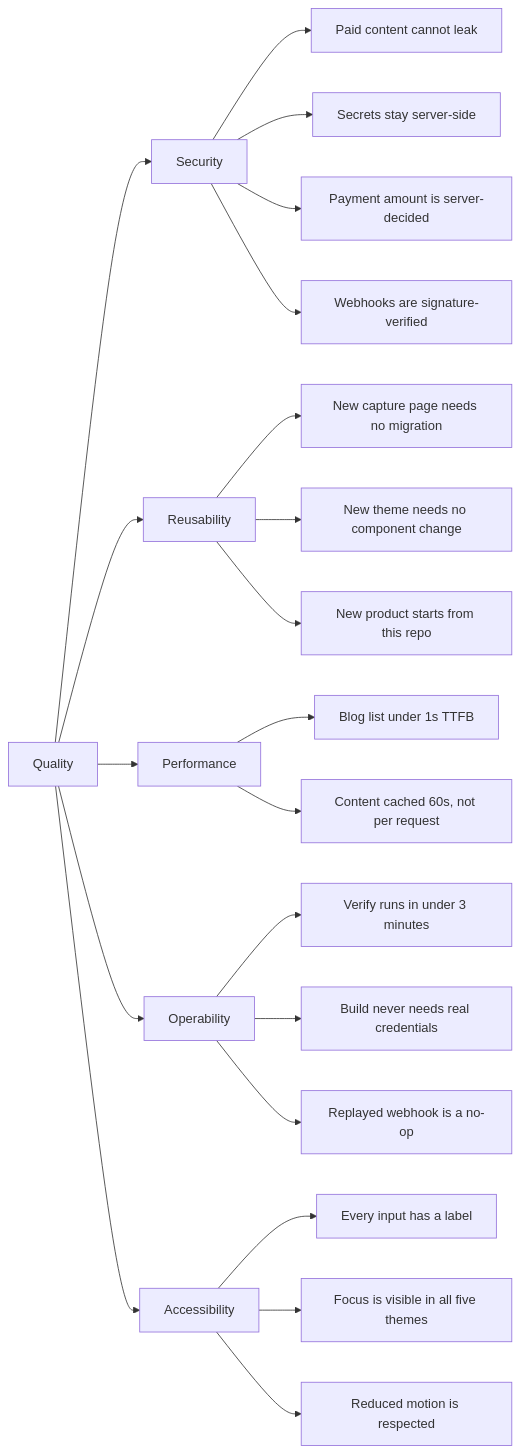
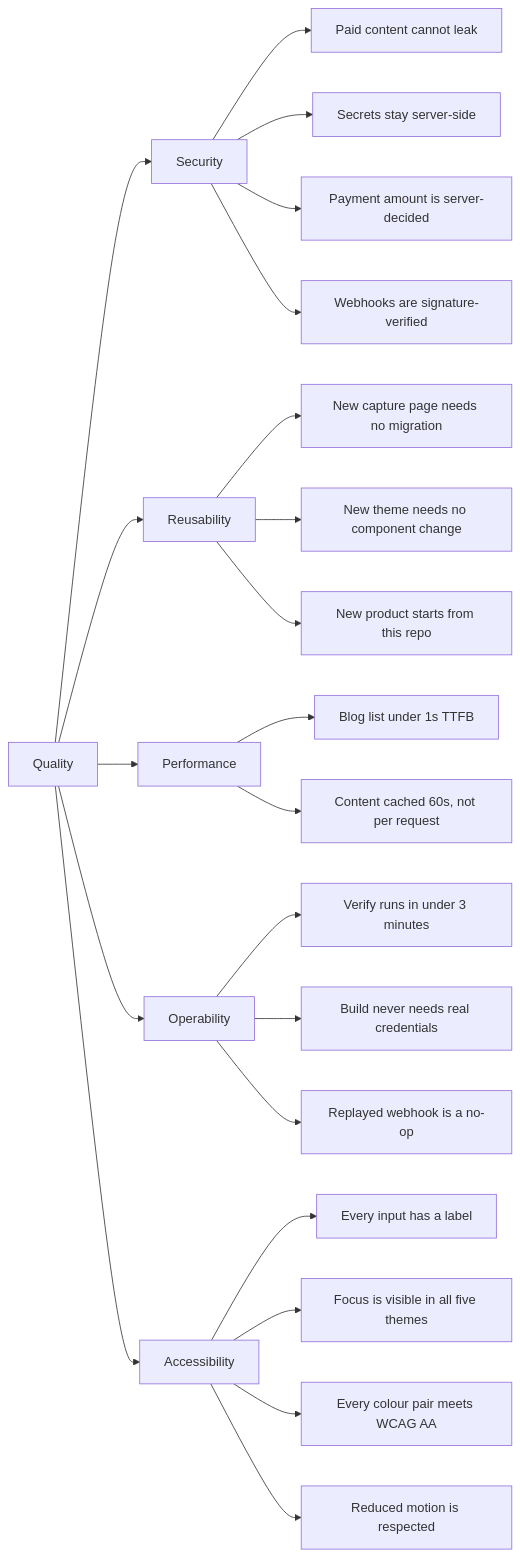
Before and after one commit to arqui-dev/sweai-base-apps: the diagram in docs/arc42/10-quality-requirements.md, drawn with Mermaid. The commit also changed other lines of this file and 12 other files, not shown here.

````diff
--- a/docs/arc42/10-quality-requirements.md
+++ b/docs/arc42/10-quality-requirements.md
@@ -5,28 +5,29 @@
 ```mermaid
 flowchart LR
   Q[Quality] --> SEC[Security]
   Q --> REU[Reusability]
   Q --> PERF[Performance]
   Q --> OPS[Operability]
   Q --> A11Y[Accessibility]
 
   SEC --> S1[Paid content cannot leak]
   SEC --> S2[Secrets stay server-side]
   SEC --> S3[Payment amount is server-decided]
   SEC --> S4[Webhooks are signature-verified]
 
   REU --> R1[New capture page needs no migration]
   REU --> R2[New theme needs no component change]
   REU --> R3[New product starts from this repo]
 
   PERF --> P1[Blog list under 1s TTFB]
   PERF --> P2[Content cached 60s, not per request]
 
   OPS --> O1[Verify runs in under 3 minutes]
   OPS --> O2[Build never needs real credentials]
   OPS --> O3[Replayed webhook is a no-op]
 
   A11Y --> A1[Every input has a label]
   A11Y --> A2[Focus is visible in all five themes]
+  A11Y --> A4[Every colour pair meets WCAG AA]
   A11Y --> A3[Reduced motion is respected]
 ```
````
